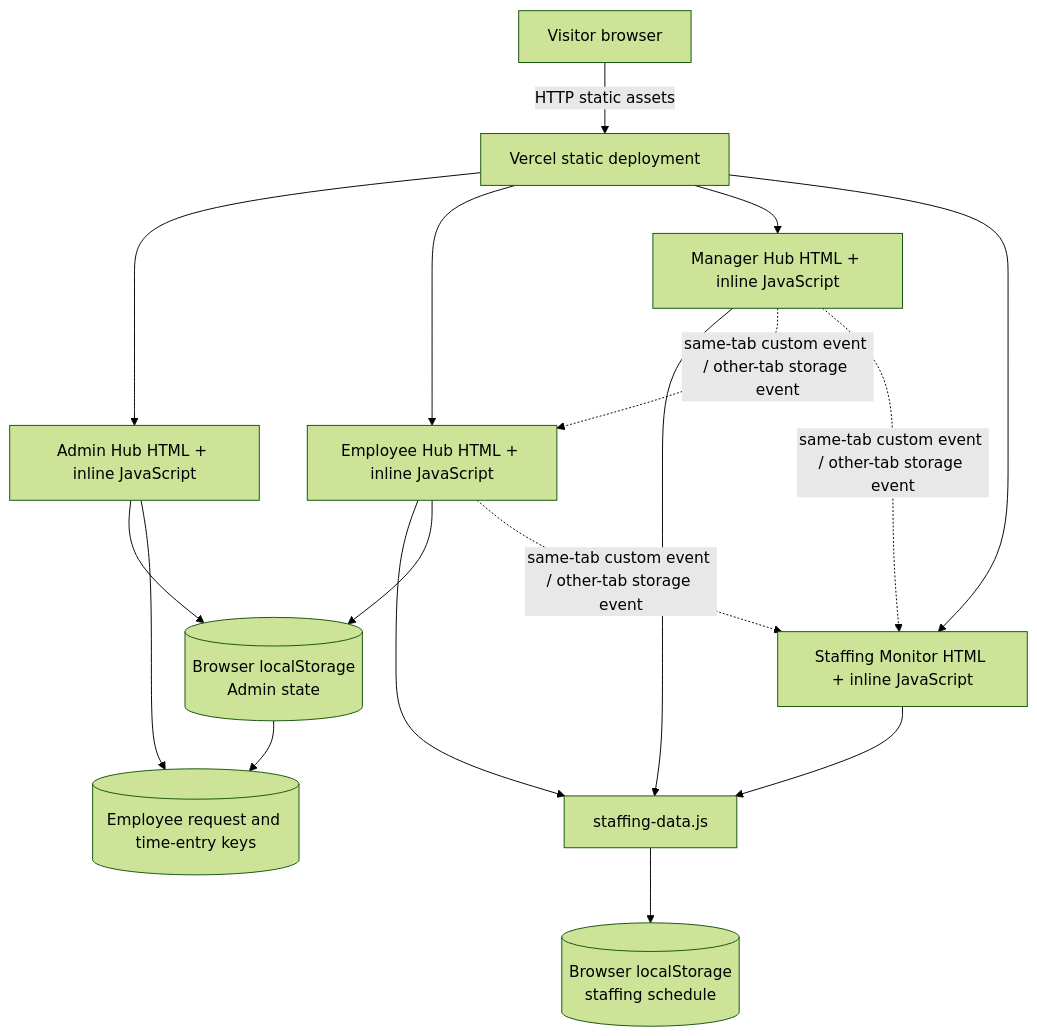
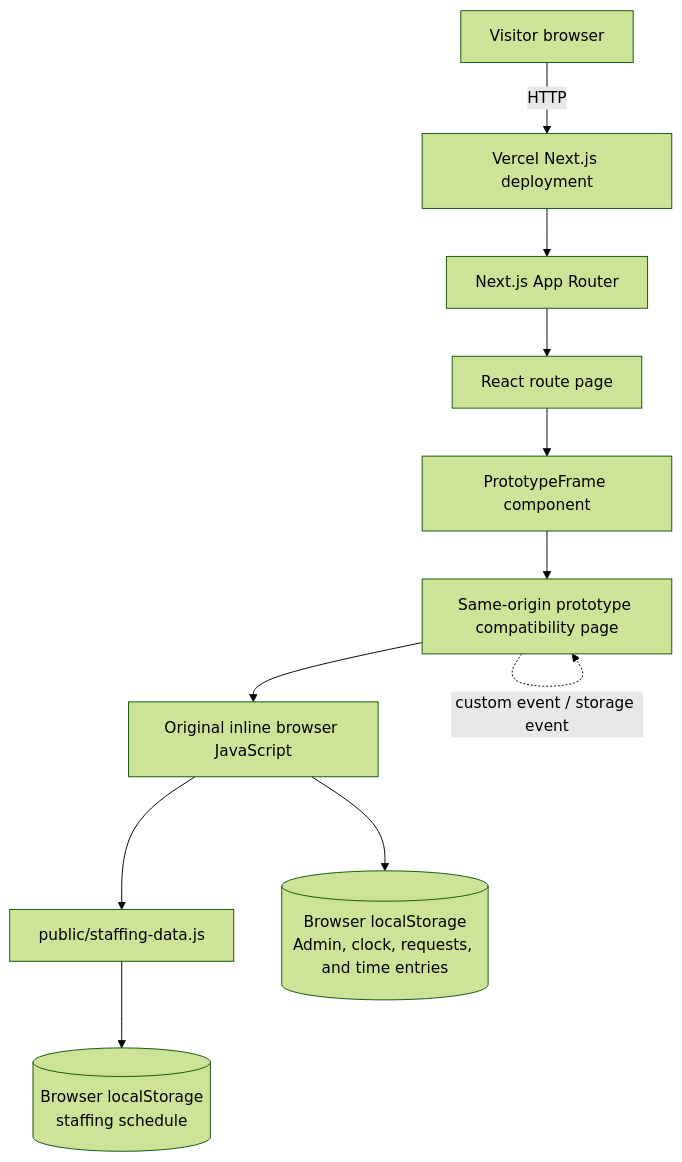
Before and after one commit to BlackNubi/Canis-Lupus: the fourth of 5 diagrams in SYSTEM_MASTER_OVERVIEW.md, drawn with Mermaid (forest theme). The commit also changed other lines of this file and 20 other files, not shown here.

Commit message:
feat: introduce Next.js App Router foundation

````diff
--- a/SYSTEM_MASTER_OVERVIEW.md
+++ b/SYSTEM_MASTER_OVERVIEW.md
@@ -333,19 +338,13 @@
 ```mermaid
 flowchart TD
-  V[Visitor browser] -->|HTTP static assets| H[Vercel static deployment]
-  H --> A[Admin Hub HTML + inline JavaScript]
-  H --> E[Employee Hub HTML + inline JavaScript]
-  H --> M[Manager Hub HTML + inline JavaScript]
-  H --> S[Staffing Monitor HTML + inline JavaScript]
-  M --> D[staffing-data.js]
-  E --> D
-  S --> D
+  V[Visitor browser] -->|HTTP| H[Vercel Next.js deployment]
+  H --> N[Next.js App Router]
+  N --> R[React route page]
+  R --> F[PrototypeFrame component]
+  F --> A[Same-origin prototype compatibility page]
+  A --> JS[Original inline browser JavaScript]
+  JS --> D[public/staffing-data.js]
   D --> L[(Browser localStorage<br/>staffing schedule)]
-  A --> W[(Browser localStorage<br/>Admin state)]
-  E --> W
-  W --> R[(Employee request and time-entry keys)]
-  A --> R
-  M -. same-tab custom event / other-tab storage event .-> E
-  M -. same-tab custom event / other-tab storage event .-> S
-  E -. same-tab custom event / other-tab storage event .-> S
+  JS --> W[(Browser localStorage<br/>Admin, clock, requests, and time entries)]
+  A -. custom event / storage event .-> A
 ```
````
